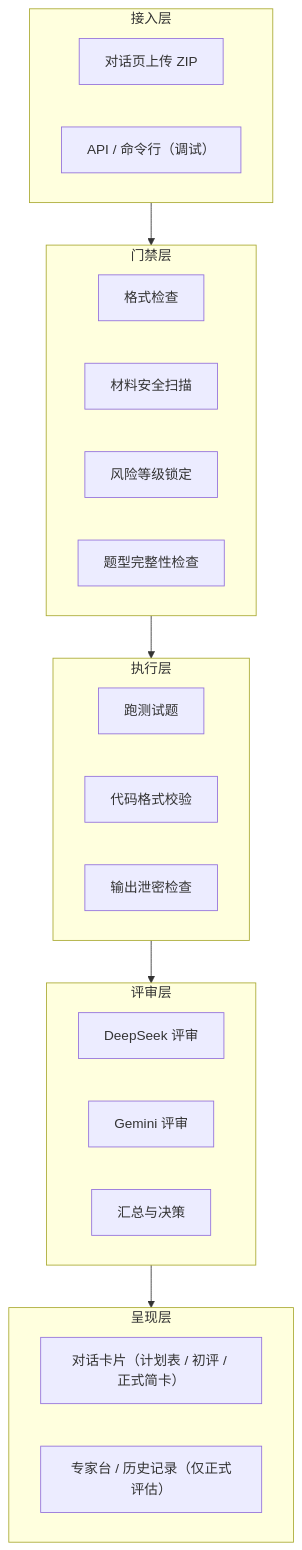
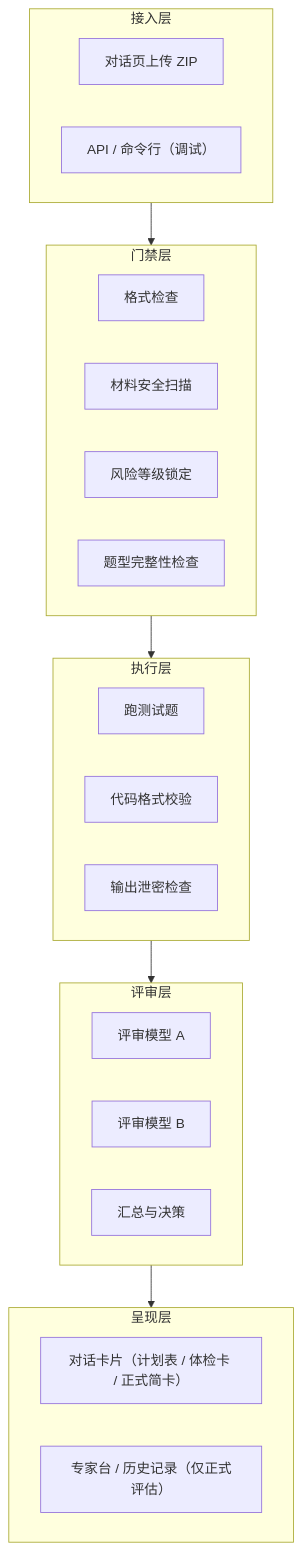
The first of 10 diagrams in docs/guides/Skill评估系统全景说明.md (NathanZhou1225/Skillhub_eval), drawn with Mermaid before and after one commit. The commit also changed other lines of this file and 5 other files, not shown here.

````diff
--- a/docs/guides/Skill评估系统全景说明.md
+++ b/docs/guides/Skill评估系统全景说明.md
@@ -96,28 +96,28 @@
 ```mermaid
 flowchart TB
     subgraph 接入层
         U1["对话页上传 ZIP"]
         U2["API / 命令行（调试）"]
     end
     subgraph 门禁层
         G1["格式检查"]
         G2["材料安全扫描"]
         G3["风险等级锁定"]
         G4["题型完整性检查"]
     end
     subgraph 执行层
         E1["跑测试题"]
         E2["代码格式校验"]
         E3["输出泄密检查"]
     end
     subgraph 评审层
-        J1["DeepSeek 评审"]
-        J2["Gemini 评审"]
+        J1["评审模型 A"]
+        J2["评审模型 B"]
         J3["汇总与决策"]
     end
     subgraph 呈现层
-        P1["对话卡片（计划表 / 初评 / 正式简卡）"]
+        P1["对话卡片（计划表 / 体检卡 / 正式简卡）"]
         P2["专家台 / 历史记录（仅正式评估）"]
     end
     接入层 --> 门禁层 --> 执行层 --> 评审层 --> 呈现层
 ```
````
